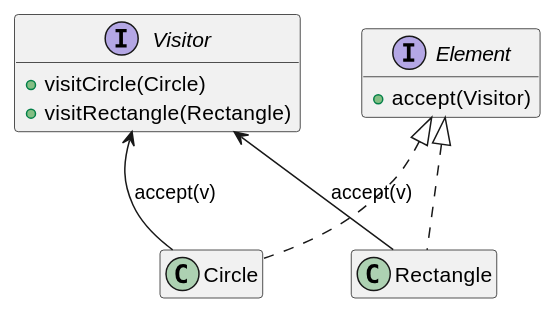
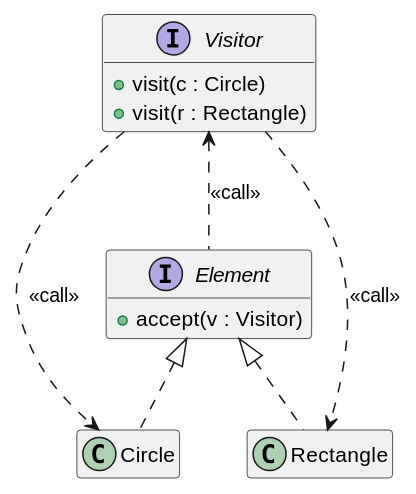
One commit to traiansf/traiansf.github.io changed the first of 9 diagrams in class/amss2025/curs/11-patterns-reloaded.md. Above: the diagram before and after it, drawn with PlantUML. The commit also changed other lines of this file and 3 other files, not shown here.

````diff
--- a/class/amss2025/curs/11-patterns-reloaded.md
+++ b/class/amss2025/curs/11-patterns-reloaded.md
@@ -124,20 +123,22 @@
 ```plantuml
 @startuml
 hide empty members
 interface Visitor {
-    +visitCircle(Circle)
-    +visitRectangle(Rectangle)
+    +visit(c : Circle)
+    +visit(r : Rectangle)
 }
 
 interface Element {
-    +accept(Visitor)
+    +accept(v : Visitor)
 }
 
 class Circle implements Element
 class Rectangle implements Element
 
-Visitor <-- Circle : accept(v)
-Visitor <-- Rectangle : accept(v)
+Visitor <.. Element : <<call>>
+
+Visitor ..> Circle : <<call>>
+Visitor ..> Rectangle : <<call>>
 
 @enduml
 ```
````
